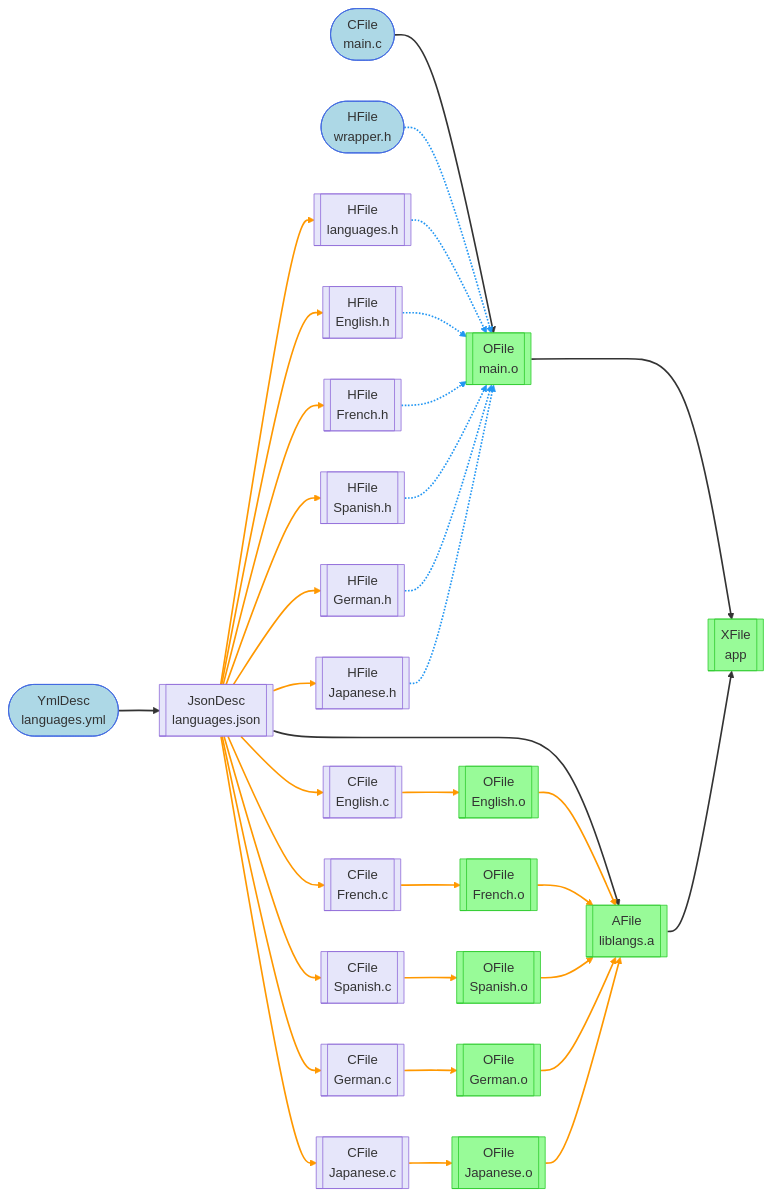
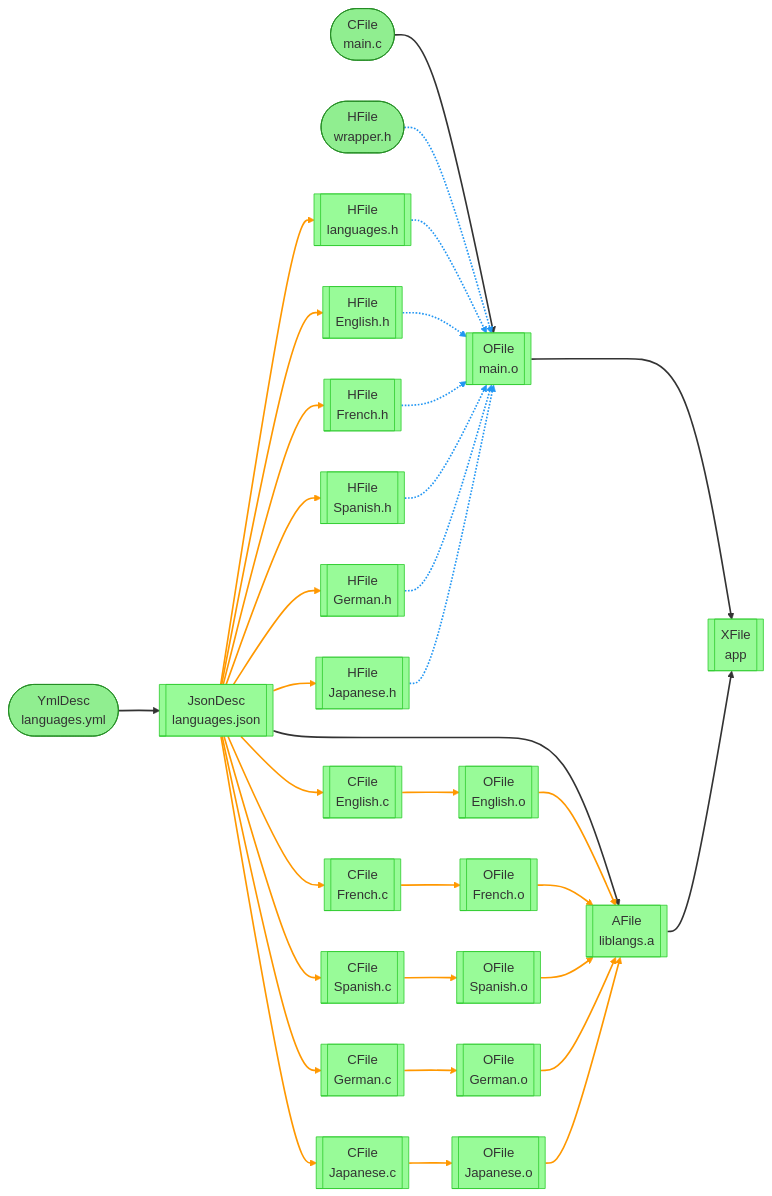
The diagram in demo_projects/project_expand/graph.mermaid (laurentcarrie/yamake), drawn with Mermaid before and after one commit. The commit also changed 6 other files, not shown here.

```diff
--- a/demo_projects/project_expand/graph.mermaid
+++ b/demo_projects/project_expand/graph.mermaid
@@ -1,113 +1,113 @@
 flowchart LR
     n0(["CFile<br>main.c"])
     n1[["OFile<br>main.o"]];
     n2(["HFile<br>wrapper.h"])
     n3[["XFile<br>app"]];
     n4(["YmlDesc<br>languages.yml"])
     n5[["JsonDesc<br>languages.json"]];
     n6[["AFile<br>liblangs.a"]];
     n7[["CFile<br>English.c"]];
     n8[["HFile<br>English.h"]];
     n9[["OFile<br>English.o"]];
     n10[["CFile<br>French.c"]];
     n11[["HFile<br>French.h"]];
     n12[["OFile<br>French.o"]];
     n13[["CFile<br>Spanish.c"]];
     n14[["HFile<br>Spanish.h"]];
     n15[["OFile<br>Spanish.o"]];
     n16[["CFile<br>German.c"]];
     n17[["HFile<br>German.h"]];
     n18[["OFile<br>German.o"]];
     n19[["CFile<br>Japanese.c"]];
     n20[["HFile<br>Japanese.h"]];
     n21[["OFile<br>Japanese.o"]];
     n22[["HFile<br>languages.h"]];
     n0 --> n1
     n1 --> n3
     n4 --> n5
     n5 --> n6
     n6 --> n3
     n2 -.-> n1
     n5 ==> n7
     n5 ==> n8
     n7 ==> n9
     n9 ==> n6
     n5 ==> n10
     n5 ==> n11
     n10 ==> n12
     n12 ==> n6
     n5 ==> n13
     n5 ==> n14
     n13 ==> n15
     n15 ==> n6
     n5 ==> n16
     n5 ==> n17
     n16 ==> n18
     n18 ==> n6
     n5 ==> n19
     n5 ==> n20
     n19 ==> n21
     n21 ==> n6
     n5 ==> n22
     n22 -.-> n1
     n8 -.-> n1
     n11 -.-> n1
     n14 -.-> n1
     n17 -.-> n1
     n20 -.-> n1
-    style n0 fill:#ADD8E6,stroke:#4169E1
+    style n0 fill:#90EE90,stroke:#228B22
     style n1 fill:#98FB98,stroke:#32CD32
-    style n2 fill:#ADD8E6,stroke:#4169E1
+    style n2 fill:#90EE90,stroke:#228B22
     style n3 fill:#98FB98,stroke:#32CD32
-    style n4 fill:#ADD8E6,stroke:#4169E1
-    style n5 fill:#E6E6FA,stroke:#9370DB
+    style n4 fill:#90EE90,stroke:#228B22
+    style n5 fill:#98FB98,stroke:#32CD32
     style n6 fill:#98FB98,stroke:#32CD32
-    style n7 fill:#E6E6FA,stroke:#9370DB
-    style n8 fill:#E6E6FA,stroke:#9370DB
+    style n7 fill:#98FB98,stroke:#32CD32
+    style n8 fill:#98FB98,stroke:#32CD32
     style n9 fill:#98FB98,stroke:#32CD32
-    style n10 fill:#E6E6FA,stroke:#9370DB
-    style n11 fill:#E6E6FA,stroke:#9370DB
+    style n10 fill:#98FB98,stroke:#32CD32
+    style n11 fill:#98FB98,stroke:#32CD32
     style n12 fill:#98FB98,stroke:#32CD32
-    style n13 fill:#E6E6FA,stroke:#9370DB
-    style n14 fill:#E6E6FA,stroke:#9370DB
+    style n13 fill:#98FB98,stroke:#32CD32
+    style n14 fill:#98FB98,stroke:#32CD32
     style n15 fill:#98FB98,stroke:#32CD32
-    style n16 fill:#E6E6FA,stroke:#9370DB
-    style n17 fill:#E6E6FA,stroke:#9370DB
+    style n16 fill:#98FB98,stroke:#32CD32
+    style n17 fill:#98FB98,stroke:#32CD32
     style n18 fill:#98FB98,stroke:#32CD32
-    style n19 fill:#E6E6FA,stroke:#9370DB
-    style n20 fill:#E6E6FA,stroke:#9370DB
+    style n19 fill:#98FB98,stroke:#32CD32
+    style n20 fill:#98FB98,stroke:#32CD32
     style n21 fill:#98FB98,stroke:#32CD32
-    style n22 fill:#E6E6FA,stroke:#9370DB
+    style n22 fill:#98FB98,stroke:#32CD32
     linkStyle 0 stroke:#333,stroke-width:2px
     linkStyle 1 stroke:#333,stroke-width:2px
     linkStyle 2 stroke:#333,stroke-width:2px
     linkStyle 3 stroke:#333,stroke-width:2px
     linkStyle 4 stroke:#333,stroke-width:2px
     linkStyle 5 stroke:#2196F3,stroke-width:2px
     linkStyle 6 stroke:#FF9800,stroke-width:2px
     linkStyle 7 stroke:#FF9800,stroke-width:2px
     linkStyle 8 stroke:#FF9800,stroke-width:2px
     linkStyle 9 stroke:#FF9800,stroke-width:2px
     linkStyle 10 stroke:#FF9800,stroke-width:2px
     linkStyle 11 stroke:#FF9800,stroke-width:2px
     linkStyle 12 stroke:#FF9800,stroke-width:2px
     linkStyle 13 stroke:#FF9800,stroke-width:2px
     linkStyle 14 stroke:#FF9800,stroke-width:2px
     linkStyle 15 stroke:#FF9800,stroke-width:2px
     linkStyle 16 stroke:#FF9800,stroke-width:2px
     linkStyle 17 stroke:#FF9800,stroke-width:2px
     linkStyle 18 stroke:#FF9800,stroke-width:2px
     linkStyle 19 stroke:#FF9800,stroke-width:2px
     linkStyle 20 stroke:#FF9800,stroke-width:2px
     linkStyle 21 stroke:#FF9800,stroke-width:2px
     linkStyle 22 stroke:#FF9800,stroke-width:2px
     linkStyle 23 stroke:#FF9800,stroke-width:2px
     linkStyle 24 stroke:#FF9800,stroke-width:2px
     linkStyle 25 stroke:#FF9800,stroke-width:2px
     linkStyle 26 stroke:#FF9800,stroke-width:2px
     linkStyle 27 stroke:#2196F3,stroke-width:2px
     linkStyle 28 stroke:#2196F3,stroke-width:2px
     linkStyle 29 stroke:#2196F3,stroke-width:2px
     linkStyle 30 stroke:#2196F3,stroke-width:2px
     linkStyle 31 stroke:#2196F3,stroke-width:2px
     linkStyle 32 stroke:#2196F3,stroke-width:2px
```
